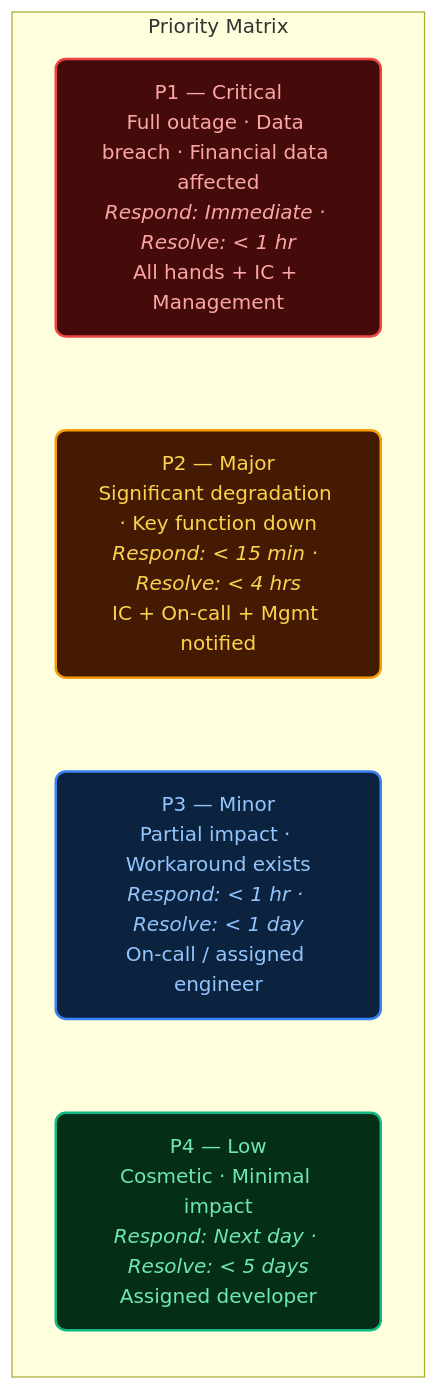
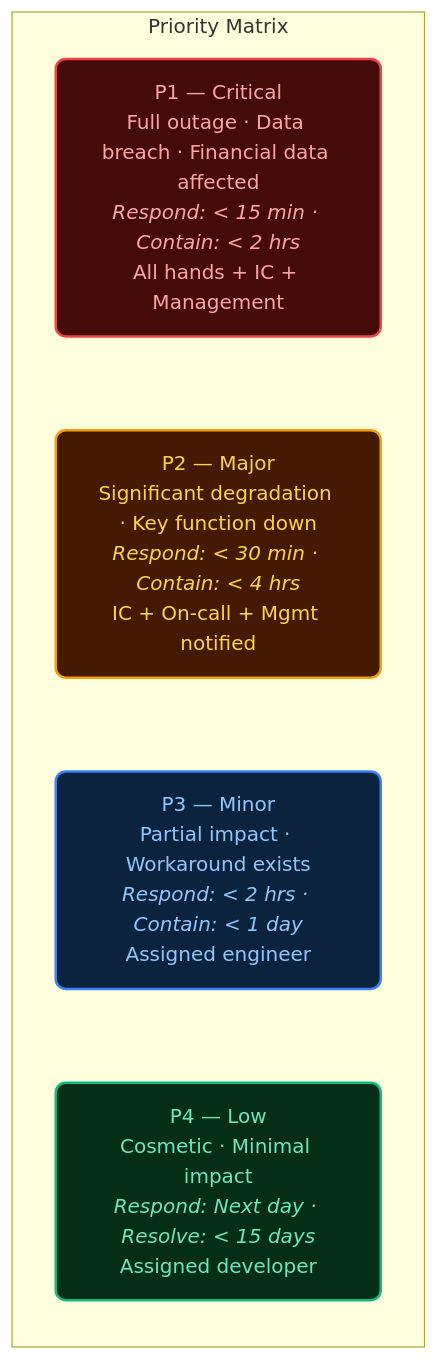
Before and after one commit to dsonerd/sharable: the third of 3 diagrams in solutions/incident-managment/swimlane-flow.md, drawn with Mermaid. The commit also changed other lines of this file, not shown here.

````diff
--- a/solutions/incident-managment/swimlane-flow.md
+++ b/solutions/incident-managment/swimlane-flow.md
@@ -335,21 +410,21 @@
 ```mermaid
 flowchart LR
     subgraph PRI["Priority Matrix"]
         direction TB
-        S1["P1 — Critical<br/>Full outage · Data breach · Financial data affected<br/><i>Respond: Immediate · Resolve: < 1 hr</i><br/>All hands + IC + Management"]
-        S2["P2 — Major<br/>Significant degradation · Key function down<br/><i>Respond: < 15 min · Resolve: < 4 hrs</i><br/>IC + On-call + Mgmt notified"]
-        S3["P3 — Minor<br/>Partial impact · Workaround exists<br/><i>Respond: < 1 hr · Resolve: < 1 day</i><br/>On-call / assigned engineer"]
-        S4["P4 — Low<br/>Cosmetic · Minimal impact<br/><i>Respond: Next day · Resolve: < 5 days</i><br/>Assigned developer"]
+        S1["P1 — Critical<br/>Full outage · Data breach · Financial data affected<br/><i>Respond: < 15 min · Contain: < 2 hrs</i><br/>All hands + IC + Management"]
+        S2["P2 — Major<br/>Significant degradation · Key function down<br/><i>Respond: < 30 min · Contain: < 4 hrs</i><br/>IC + On-call + Mgmt notified"]
+        S3["P3 — Minor<br/>Partial impact · Workaround exists<br/><i>Respond: < 2 hrs · Contain: < 1 day</i><br/>Assigned engineer"]
+        S4["P4 — Low<br/>Cosmetic · Minimal impact<br/><i>Respond: Next day · Resolve: < 15 days</i><br/>Assigned developer"]
         S1 ~~~ S2 ~~~ S3 ~~~ S4
     end
 
     classDef sev1 fill:#450A0A,stroke:#EF4444,stroke-width:2px,color:#FCA5A5,rx:8
     classDef sev2 fill:#451A03,stroke:#F59E0B,stroke-width:2px,color:#FCD34D,rx:8
     classDef sev3 fill:#0C2340,stroke:#3B82F6,stroke-width:2px,color:#93C5FD,rx:8
     classDef sev4 fill:#052E16,stroke:#10B981,stroke-width:2px,color:#6EE7B7,rx:8
 
     class S1 sev1
     class S2 sev2
     class S3 sev3
     class S4 sev4
 ```
````
